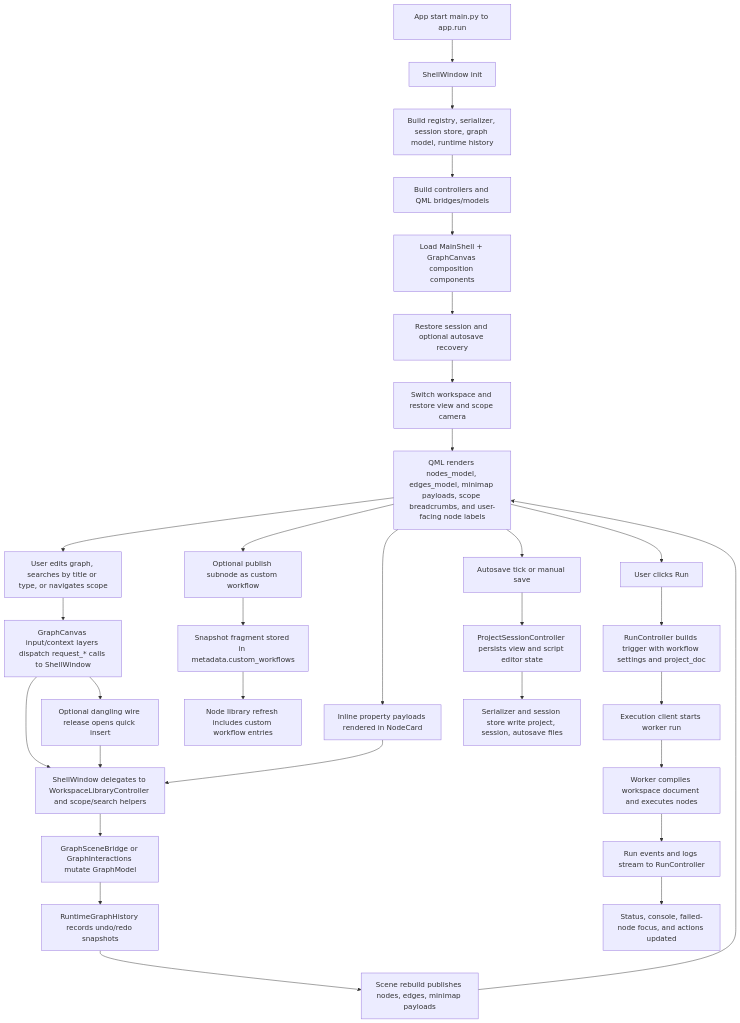
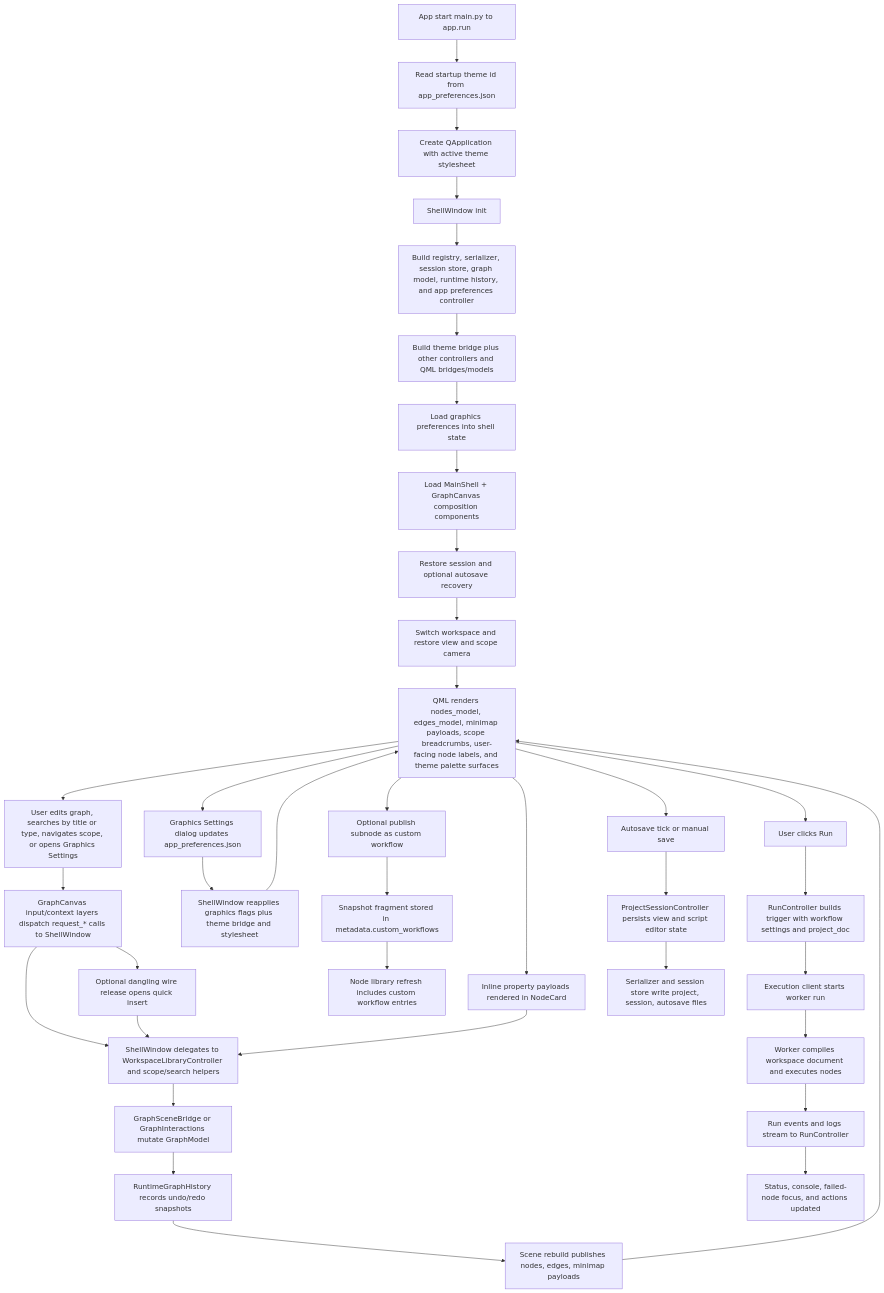
One commit to emreatay993/EA_Node changed the diagram in docs/architecture_diagrams/runtime_pipeline.mmd. Above: the diagram before and after it, drawn with Mermaid. The commit also changed 9 other files, not shown here.

Commit message:
docs: document graphics settings surfaces

```diff
--- a/docs/architecture_diagrams/runtime_pipeline.mmd
+++ b/docs/architecture_diagrams/runtime_pipeline.mmd
@@ -1,36 +1,43 @@
 flowchart TD
-    A[App start main.py to app.run] --> B[ShellWindow init]
-    B --> C[Build registry, serializer, session store, graph model, runtime history]
-    C --> D[Build controllers and QML bridges/models]
-    D --> E[Load MainShell + GraphCanvas composition components]
-    E --> F[Restore session and optional autosave recovery]
-    F --> G[Switch workspace and restore view and scope camera]
-    G --> H[QML renders nodes_model, edges_model, minimap payloads, scope breadcrumbs, and user-facing node labels]
+    A[App start main.py to app.run] --> B[Read startup theme id from app_preferences.json]
+    B --> C[Create QApplication with active theme stylesheet]
+    C --> D[ShellWindow init]
+    D --> E[Build registry, serializer, session store, graph model, runtime history, and app preferences controller]
+    E --> F[Build theme bridge plus other controllers and QML bridges/models]
+    F --> G[Load graphics preferences into shell state]
+    G --> H[Load MainShell + GraphCanvas composition components]
+    H --> I[Restore session and optional autosave recovery]
+    I --> J[Switch workspace and restore view and scope camera]
+    J --> K[QML renders nodes_model, edges_model, minimap payloads, scope breadcrumbs, user-facing node labels, and theme palette surfaces]
 
-    H --> I[User edits graph, searches by title or type, or navigates scope]
-    I --> J[GraphCanvas input/context layers dispatch request_* calls to ShellWindow]
-    J --> K[ShellWindow delegates to WorkspaceLibraryController and scope/search helpers]
-    J --> KQ[Optional dangling wire release opens quick insert]
-    KQ --> K
-    K --> L[GraphSceneBridge or GraphInteractions mutate GraphModel]
-    L --> M[RuntimeGraphHistory records undo/redo snapshots]
-    M --> N[Scene rebuild publishes nodes, edges, minimap payloads]
-    N --> H
+    K --> L[User edits graph, searches by title or type, navigates scope, or opens Graphics Settings]
+    L --> M[GraphCanvas input/context layers dispatch request_* calls to ShellWindow]
+    M --> N[ShellWindow delegates to WorkspaceLibraryController and scope/search helpers]
+    M --> NQ[Optional dangling wire release opens quick insert]
+    NQ --> N
+    N --> O[GraphSceneBridge or GraphInteractions mutate GraphModel]
+    O --> P[RuntimeGraphHistory records undo/redo snapshots]
+    P --> Q[Scene rebuild publishes nodes, edges, minimap payloads]
+    Q --> K
 
-    H --> IQ[Inline property payloads rendered in NodeCard]
-    IQ --> K
+    K --> KP[Graphics Settings dialog updates app_preferences.json]
+    KP --> KR[ShellWindow reapplies graphics flags plus theme bridge and stylesheet]
+    KR --> K
 
-    H --> O[Optional publish subnode as custom workflow]
-    O --> P[Snapshot fragment stored in metadata.custom_workflows]
-    P --> Q[Node library refresh includes custom workflow entries]
+    K --> R[Inline property payloads rendered in NodeCard]
+    R --> N
 
-    H --> R[User clicks Run]
-    R --> S[RunController builds trigger with workflow settings and project_doc]
-    S --> T[Execution client starts worker run]
-    T --> U[Worker compiles workspace document and executes nodes]
-    U --> V[Run events and logs stream to RunController]
-    V --> W[Status, console, failed-node focus, and actions updated]
+    K --> S[Optional publish subnode as custom workflow]
+    S --> T[Snapshot fragment stored in metadata.custom_workflows]
+    T --> U[Node library refresh includes custom workflow entries]
 
-    H --> X[Autosave tick or manual save]
-    X --> Y[ProjectSessionController persists view and script editor state]
-    Y --> Z[Serializer and session store write project, session, autosave files]
+    K --> V[User clicks Run]
+    V --> W[RunController builds trigger with workflow settings and project_doc]
+    W --> X[Execution client starts worker run]
+    X --> Y[Worker compiles workspace document and executes nodes]
+    Y --> Z[Run events and logs stream to RunController]
+    Z --> ZA[Status, console, failed-node focus, and actions updated]
+
+    K --> ZB[Autosave tick or manual save]
+    ZB --> ZC[ProjectSessionController persists view and script editor state]
+    ZC --> ZD[Serializer and session store write project, session, autosave files]
```
